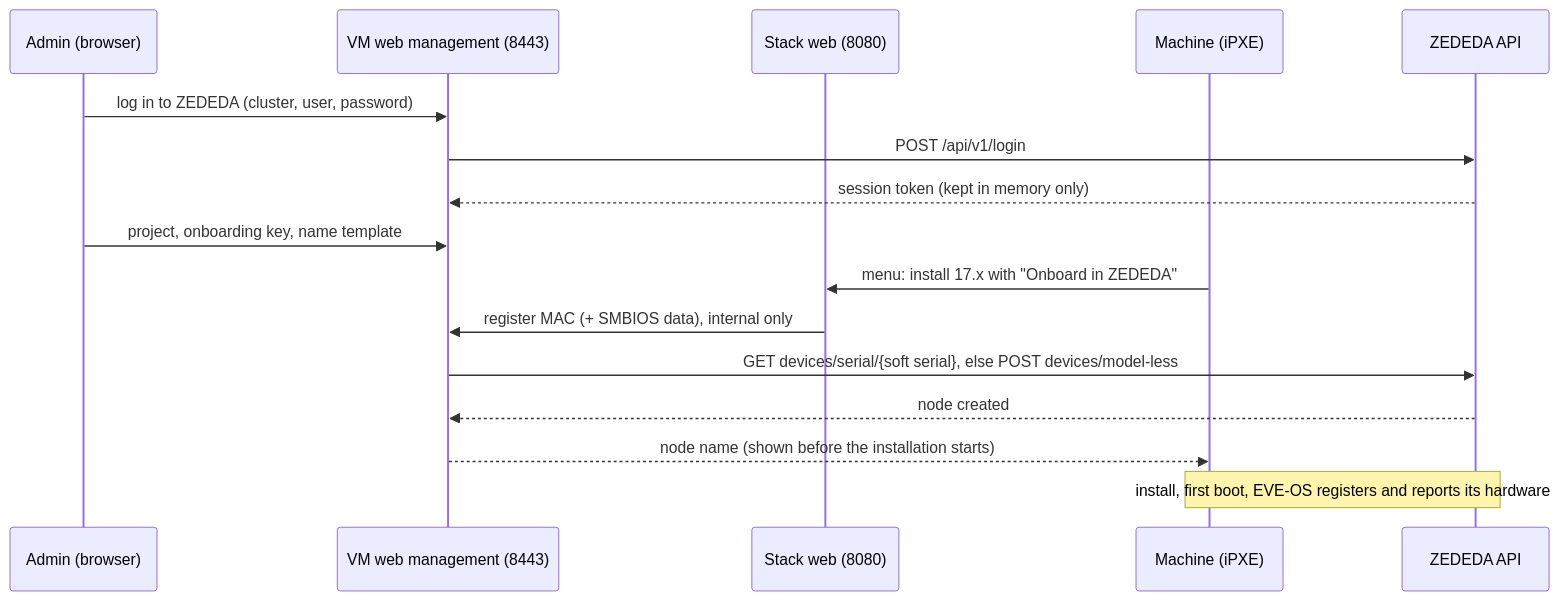
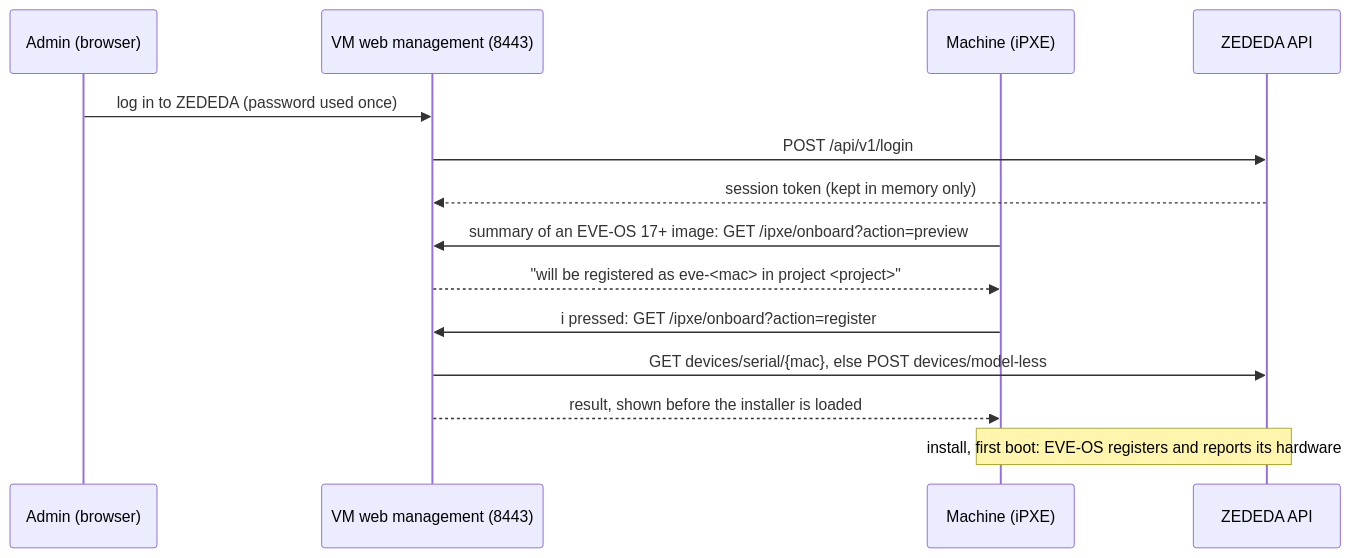
Before and after one commit to michiel-zededa/eve-netboot-installer: the diagram in docs/design/zededa-onboarding.md, drawn with Mermaid. The commit also changed other lines of this file and 6 other files, not shown here.

First line of the commit message:
docs: ZEDEDA onboarding documented as a finished feature

````diff
--- a/docs/design/zededa-onboarding.md
+++ b/docs/design/zededa-onboarding.md
@@ -115,18 +91,16 @@
 ```mermaid
 sequenceDiagram
     participant A as Admin (browser)
     participant W as VM web management (8443)
-    participant H as Stack web (8080)
     participant M as Machine (iPXE)
     participant Z as ZEDEDA API
-    A->>W: log in to ZEDEDA (cluster, user, password)
+    A->>W: log in to ZEDEDA (password used once)
     W->>Z: POST /api/v1/login
     Z-->>W: session token (kept in memory only)
-    A->>W: project, onboarding key, name template
-    M->>H: menu: install 17.x with "Onboard in ZEDEDA"
-    H->>W: register MAC (+ SMBIOS data), internal only
-    W->>Z: GET devices/serial/{soft serial}, else POST devices/model-less
-    Z-->>W: node created
-    W-->>M: node name (shown before the installation starts)
-    Note over M,Z: install, first boot, EVE-OS registers and reports its hardware
+    M->>W: summary of an EVE-OS 17+ image: GET /ipxe/onboard?action=preview
+    W-->>M: "will be registered as eve-<mac> in project <project>"
+    M->>W: i pressed: GET /ipxe/onboard?action=register
+    W->>Z: GET devices/serial/{mac}, else POST devices/model-less
+    W-->>M: result, shown before the installer is loaded
+    Note over M,Z: install, first boot: EVE-OS registers and reports its hardware
 ```
````
